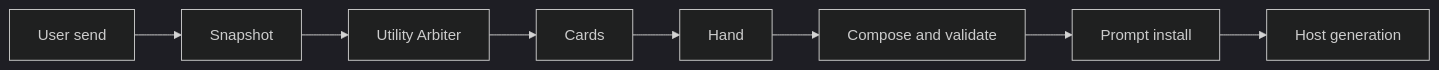
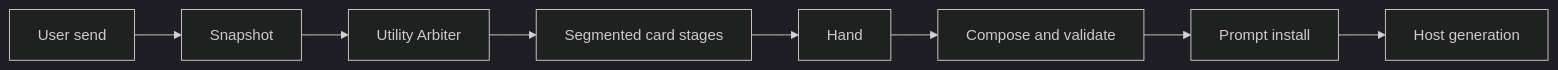
The second of 3 diagrams in docs/technical/RECURSION_TECHNICAL_MANUAL.md (MentallyQuill/Recursion), drawn with Mermaid (dark theme) before and after one commit. The commit also changed other lines of this file and 32 other files, not shown here.

````diff
--- a/docs/technical/RECURSION_TECHNICAL_MANUAL.md
+++ b/docs/technical/RECURSION_TECHNICAL_MANUAL.md
@@ -36,10 +41,10 @@
 ```mermaid
 flowchart LR
     Send["User send"] --> Snapshot["Snapshot"]
     Snapshot --> Arbiter["Utility Arbiter"]
-    Arbiter --> Cards["Cards"]
+    Arbiter --> Cards["Segmented card stages"]
     Cards --> Hand["Hand"]
     Hand --> Compose["Compose and validate"]
     Compose --> Install["Prompt install"]
     Install --> Continue["Host generation"]
 ```
````
